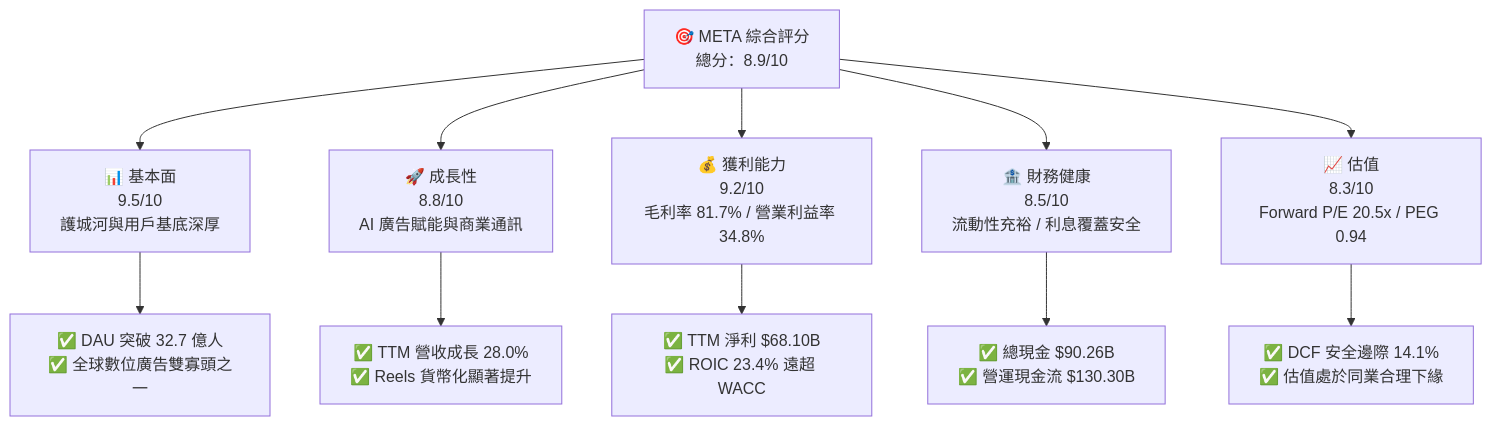
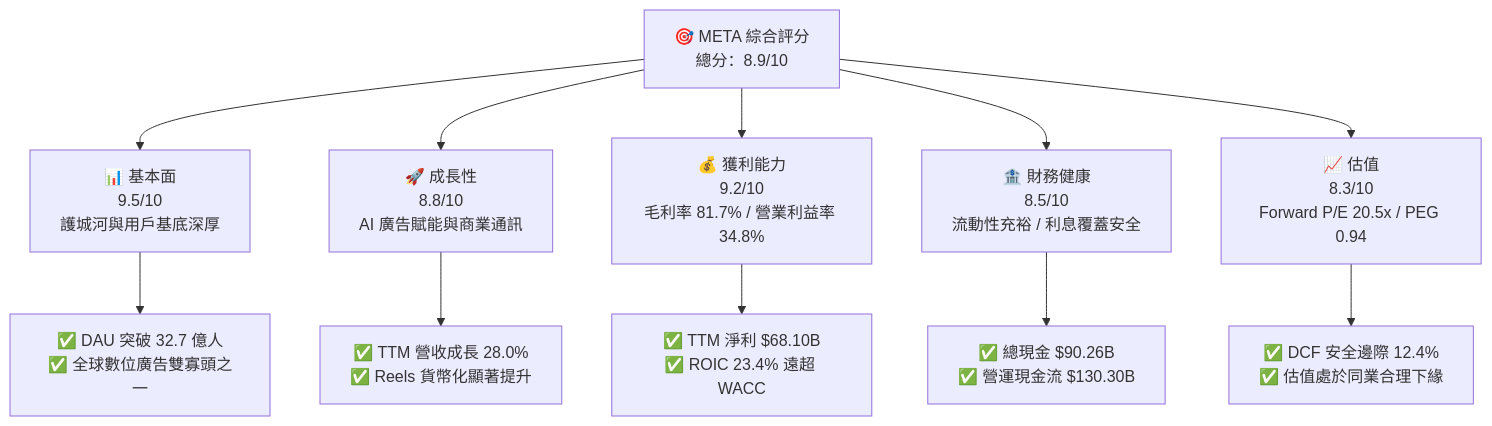
Before and after one commit to yennanliu/finance_data: the first of 15 diagrams in ai_gen_report/fundamental/meta/fundamental_analysis_2026-10-18_gemini.md, drawn with Mermaid. The commit also changed other lines of this file and 339 other files, not shown here.

````diff
--- a/ai_gen_report/fundamental/meta/fundamental_analysis_2026-10-18_gemini.md
+++ b/ai_gen_report/fundamental/meta/fundamental_analysis_2026-10-18_gemini.md
@@ -58,22 +65,22 @@
 ```mermaid
 graph TD
     TICKER["🎯 META 綜合評分<br/>總分：8.9/10"]
 
     F["📊 基本面<br/>9.5/10<br/>護城河與用戶基底深厚"]
     G["🚀 成長性<br/>8.8/10<br/>AI 廣告賦能與商業通訊"]
     P["💰 獲利能力<br/>9.2/10<br/>毛利率 81.7% / 營業利益率 34.8%"]
     B["🏦 財務健康<br/>8.5/10<br/>流動性充裕 / 利息覆蓋安全"]
     V["📈 估值<br/>8.3/10<br/>Forward P/E 20.5x / PEG 0.94"]
 
     TICKER --> F
     TICKER --> G
     TICKER --> P
     TICKER --> B
     TICKER --> V
 
     F --> F1["✅ DAU 突破 32.7 億人<br/>✅ 全球數位廣告雙寡頭之一"]
     G --> G1["✅ TTM 營收成長 28.0%<br/>✅ Reels 貨幣化顯著提升"]
     P --> P1["✅ TTM 淨利 $68.10B<br/>✅ ROIC 23.4% 遠超 WACC"]
     B --> B1["✅ 總現金 $90.26B<br/>✅ 營運現金流 $130.30B"]
-    V --> V1["✅ DCF 安全邊際 14.1%<br/>✅ 估值處於同業合理下緣"]
+    V --> V1["✅ DCF 安全邊際 12.4%<br/>✅ 估值處於同業合理下緣"]
 ```
````
